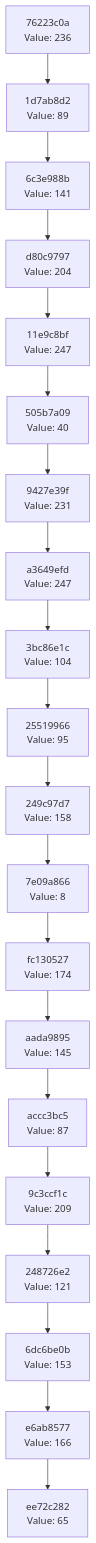
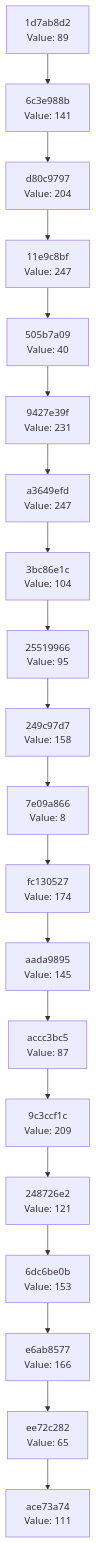
One commit to Abhisheksinha1506/hash-chain-evolver changed the diagram in docs/CHAIN_VISUALIZATION.md. Above: the diagram before and after it, drawn with Mermaid. The commit also changed 1 other file, not shown here.

Commit message:
Evolution step: hash 0x6F → action executed

````diff
--- a/docs/CHAIN_VISUALIZATION.md
+++ b/docs/CHAIN_VISUALIZATION.md
@@ -3,42 +3,42 @@
 ```mermaid
 graph TD
-    C0["ee72c282<br/>Value: 65"]
-    C1["e6ab8577<br/>Value: 166"]
+    C0["ace73a74<br/>Value: 111"]
+    C1["ee72c282<br/>Value: 65"]
     C1 --> C0
-    C2["6dc6be0b<br/>Value: 153"]
+    C2["e6ab8577<br/>Value: 166"]
     C2 --> C1
-    C3["248726e2<br/>Value: 121"]
+    C3["6dc6be0b<br/>Value: 153"]
     C3 --> C2
-    C4["9c3ccf1c<br/>Value: 209"]
+    C4["248726e2<br/>Value: 121"]
     C4 --> C3
-    C5["accc3bc5<br/>Value: 87"]
+    C5["9c3ccf1c<br/>Value: 209"]
     C5 --> C4
-    C6["aada9895<br/>Value: 145"]
+    C6["accc3bc5<br/>Value: 87"]
     C6 --> C5
-    C7["fc130527<br/>Value: 174"]
+    C7["aada9895<br/>Value: 145"]
     C7 --> C6
-    C8["7e09a866<br/>Value: 8"]
+    C8["fc130527<br/>Value: 174"]
     C8 --> C7
-    C9["249c97d7<br/>Value: 158"]
+    C9["7e09a866<br/>Value: 8"]
     C9 --> C8
-    C10["25519966<br/>Value: 95"]
+    C10["249c97d7<br/>Value: 158"]
     C10 --> C9
-    C11["3bc86e1c<br/>Value: 104"]
+    C11["25519966<br/>Value: 95"]
     C11 --> C10
-    C12["a3649efd<br/>Value: 247"]
+    C12["3bc86e1c<br/>Value: 104"]
     C12 --> C11
-    C13["9427e39f<br/>Value: 231"]
+    C13["a3649efd<br/>Value: 247"]
     C13 --> C12
-    C14["505b7a09<br/>Value: 40"]
+    C14["9427e39f<br/>Value: 231"]
     C14 --> C13
-    C15["11e9c8bf<br/>Value: 247"]
+    C15["505b7a09<br/>Value: 40"]
     C15 --> C14
-    C16["d80c9797<br/>Value: 204"]
+    C16["11e9c8bf<br/>Value: 247"]
     C16 --> C15
-    C17["6c3e988b<br/>Value: 141"]
+    C17["d80c9797<br/>Value: 204"]
     C17 --> C16
-    C18["1d7ab8d2<br/>Value: 89"]
+    C18["6c3e988b<br/>Value: 141"]
     C18 --> C17
-    C19["76223c0a<br/>Value: 236"]
+    C19["1d7ab8d2<br/>Value: 89"]
     C19 --> C18
 ```
````
